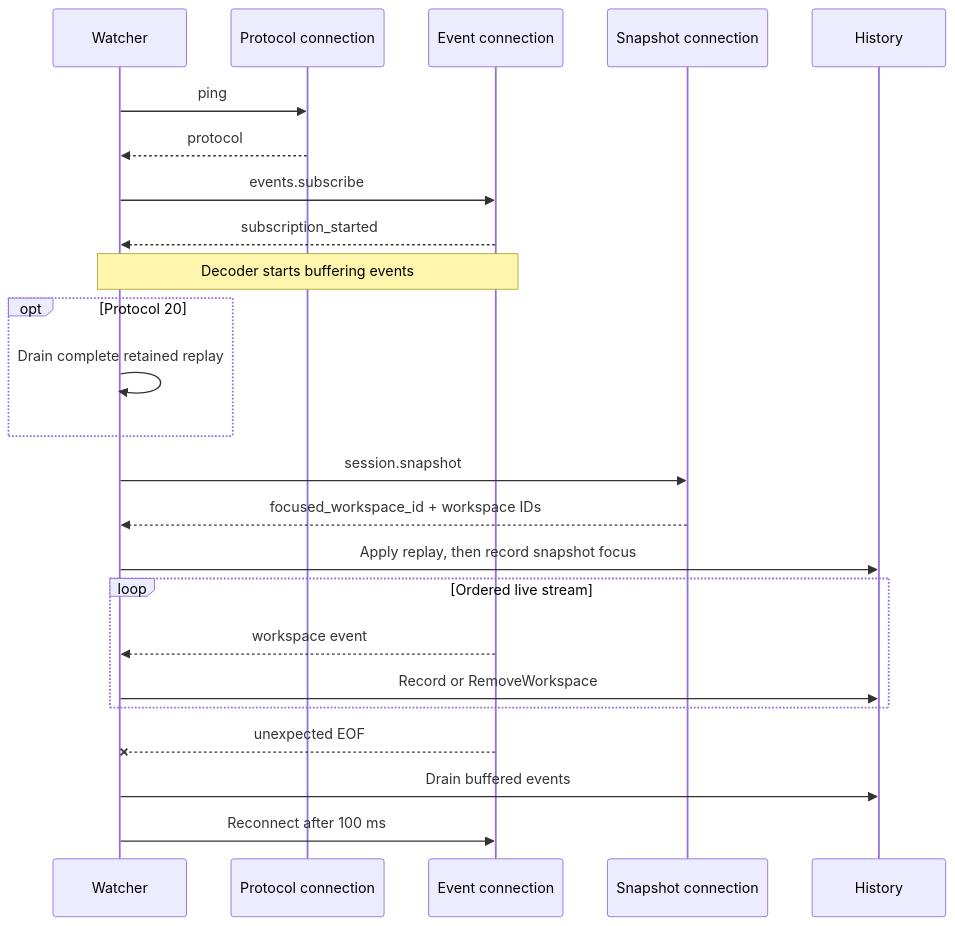
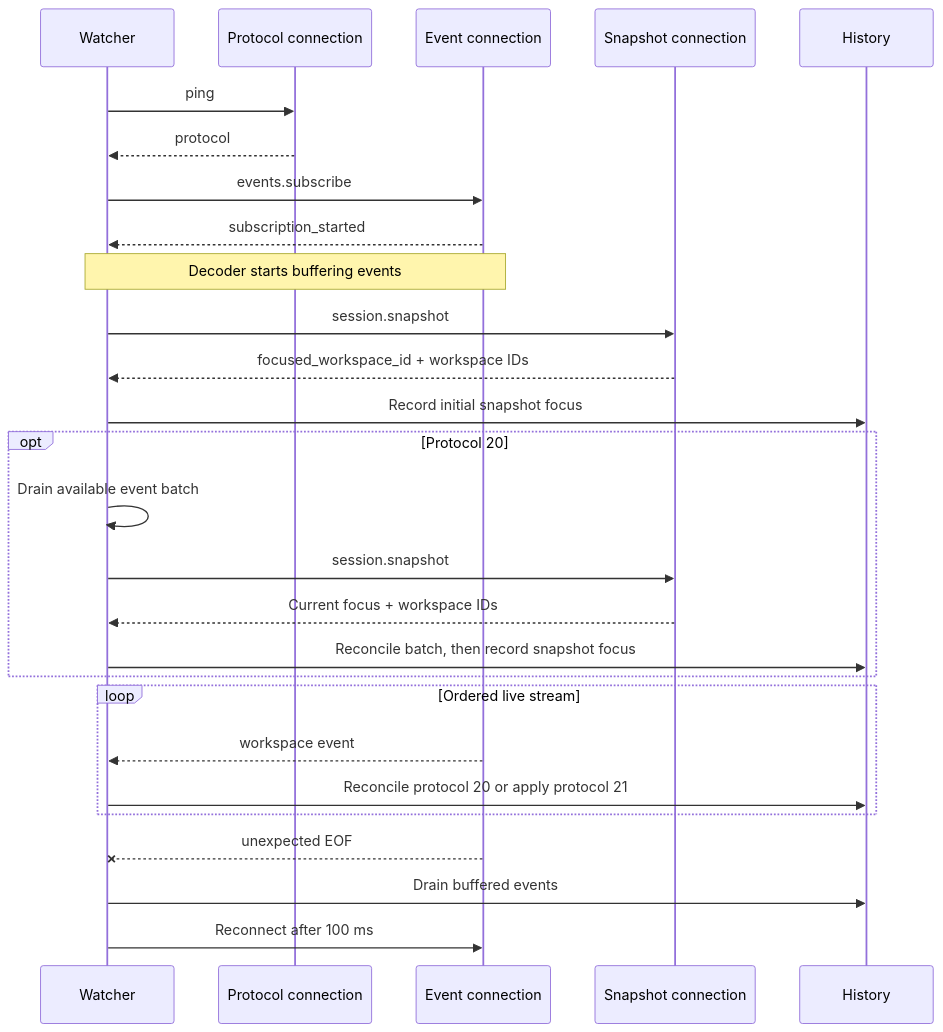
Before and after one commit to fullerzz/herdr-plugin-sesh: the second of 3 diagrams in docs/development/workspace-history.md, drawn with Mermaid. The commit also changed other lines of this file and 4 other files, not shown here.

First line of the commit message:
fix: handle protocol 20 replay without timing

````diff
--- a/docs/development/workspace-history.md
+++ b/docs/development/workspace-history.md
@@ -96,26 +96,29 @@
 ```mermaid
 sequenceDiagram
     participant W as Watcher
     participant P as Protocol connection
     participant E as Event connection
     participant S as Snapshot connection
     participant H as History
     W->>P: ping
     P-->>W: protocol
     W->>E: events.subscribe
     E-->>W: subscription_started
     Note over W,E: Decoder starts buffering events
-    opt Protocol 20
-        W->>W: Drain complete retained replay
-    end
     W->>S: session.snapshot
     S-->>W: focused_workspace_id + workspace IDs
-    W->>H: Apply replay, then record snapshot focus
+    W->>H: Record initial snapshot focus
+    opt Protocol 20
+        W->>W: Drain available event batch
+        W->>S: session.snapshot
+        S-->>W: Current focus + workspace IDs
+        W->>H: Reconcile batch, then record snapshot focus
+    end
     loop Ordered live stream
         E-->>W: workspace event
-        W->>H: Record or RemoveWorkspace
+        W->>H: Reconcile protocol 20 or apply protocol 21
     end
     E--xW: unexpected EOF
     W->>H: Drain buffered events
     W->>E: Reconnect after 100 ms
 ```
````
